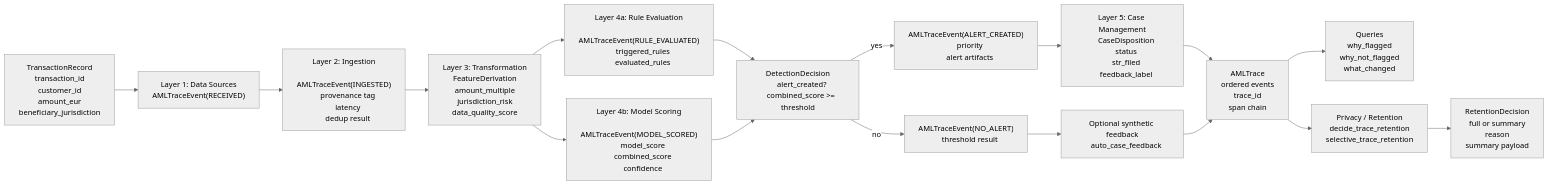
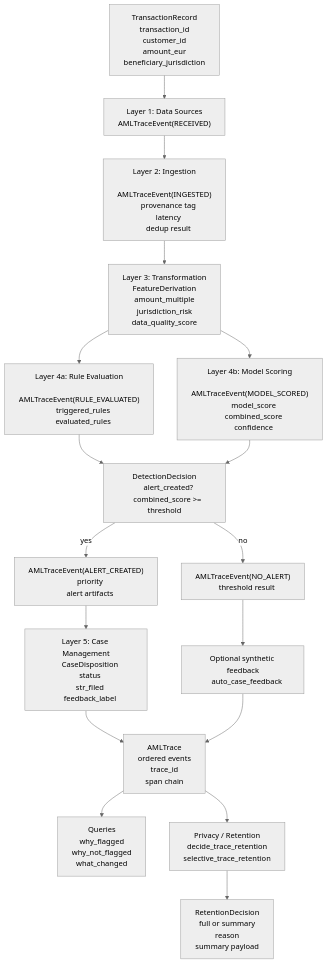
Before and after one commit to endvater/beyond-ai: the second of 2 diagrams in observability/README.md, drawn with Mermaid (neutral theme). The commit also changed other lines of this file, not shown here.

Commit message:
Improve Mermaid rendering in observability README

````diff
--- a/observability/README.md
+++ b/observability/README.md
@@ -236,72 +244,72 @@
 ```mermaid
-flowchart LR
+flowchart TD
     A["TransactionRecord
     transaction_id
     customer_id
     amount_eur
     beneficiary_jurisdiction"] --> B["Layer 1: Data Sources
     AMLTraceEvent(RECEIVED)"]
 
     B --> C["Layer 2: Ingestion
     AMLTraceEvent(INGESTED)
     provenance tag
     latency
     dedup result"]
 
     C --> D["Layer 3: Transformation
     FeatureDerivation
     amount_multiple
     jurisdiction_risk
     data_quality_score"]
 
     D --> E["Layer 4a: Rule Evaluation
     AMLTraceEvent(RULE_EVALUATED)
     triggered_rules
     evaluated_rules"]
 
     D --> F["Layer 4b: Model Scoring
     AMLTraceEvent(MODEL_SCORED)
     model_score
     combined_score
     confidence"]
 
     E --> G["DetectionDecision
     alert_created?
     combined_score >= threshold"]
     F --> G
 
     G -->|yes| H["AMLTraceEvent(ALERT_CREATED)
     priority
     alert artifacts"]
     G -->|no| I["AMLTraceEvent(NO_ALERT)
     threshold result"]
 
     H --> J["Layer 5: Case Management
     CaseDisposition
     status
     str_filed
     feedback_label"]
 
     I --> J2["Optional synthetic feedback
     auto_case_feedback"]
 
     J --> K["AMLTrace
     ordered events
     trace_id
     span chain"]
     J2 --> K
 
     K --> L["Queries
     why_flagged
     why_not_flagged
     what_changed"]
 
     K --> M["Privacy / Retention
     decide_trace_retention
     selective_trace_retention"]
 
     M --> N["RetentionDecision
     full or summary
     reason
     summary payload"]
 ```
````
